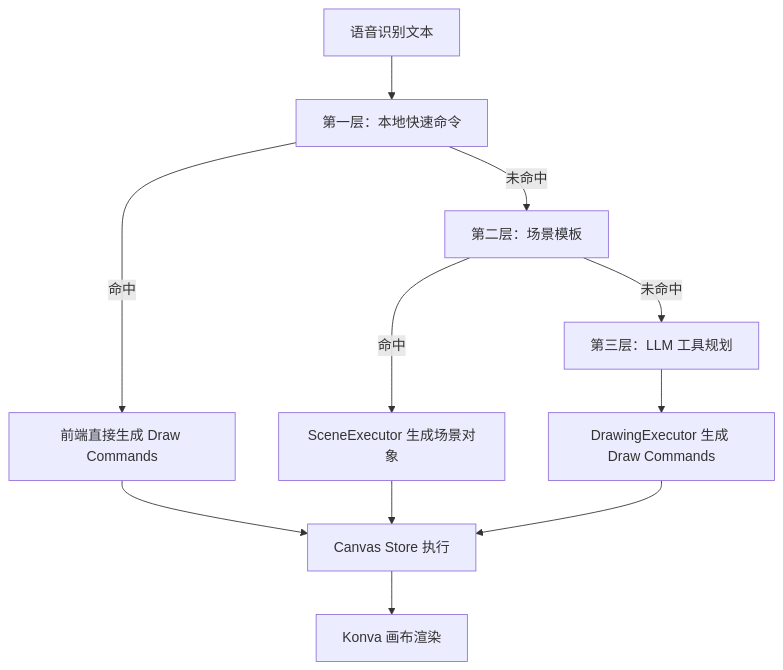
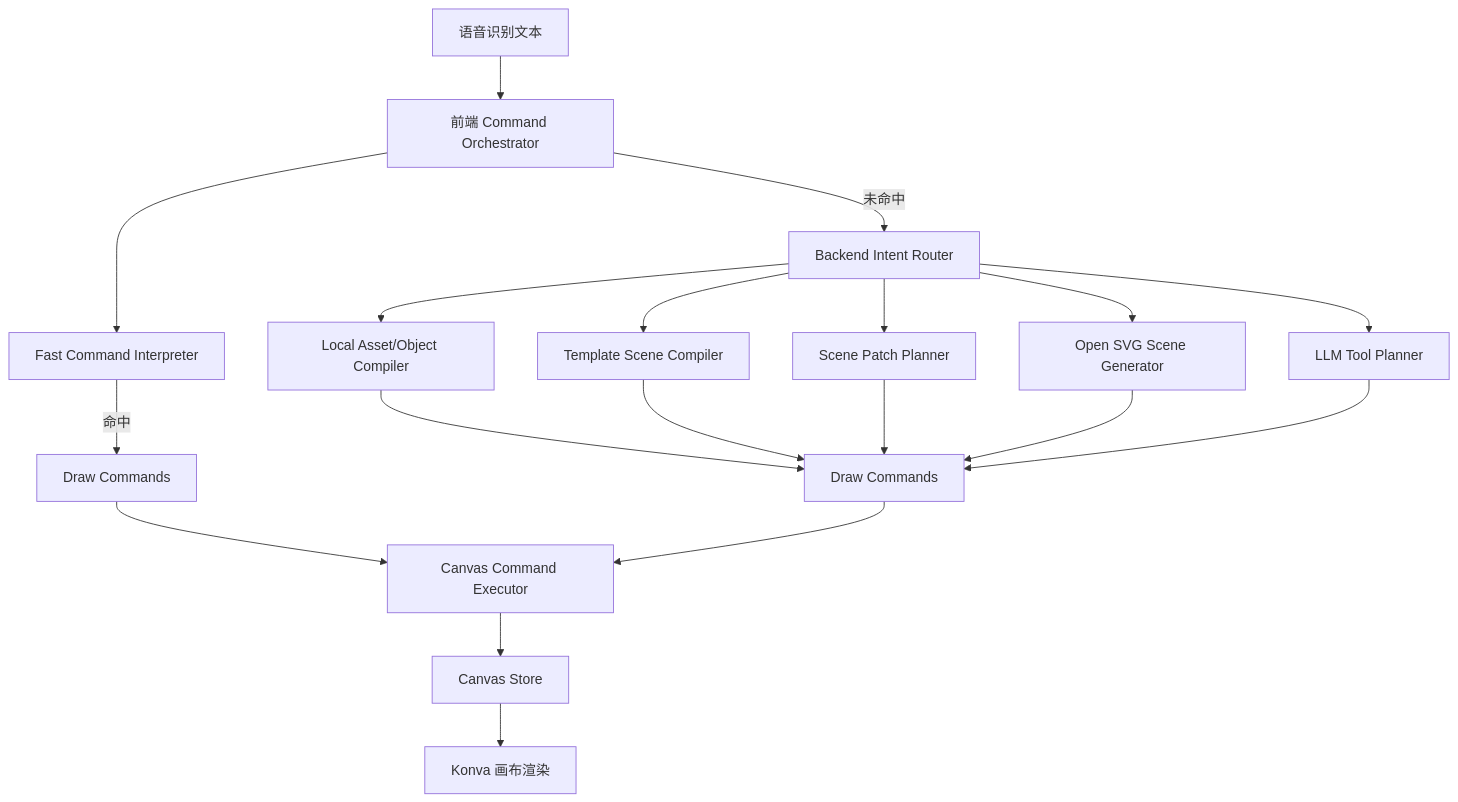
Before and after one commit to bird07717/voice-canvas: the diagram in DESIGN_DOC.md, drawn with Mermaid. The commit also changed other lines of this file and 20 other files, not shown here.

````diff
--- a/DESIGN_DOC.md
+++ b/DESIGN_DOC.md
@@ -50,13 +50,21 @@
 ```mermaid
 flowchart TD
-    A["语音识别文本"] --> B["第一层：本地快速命令"]
-    B -->|命中| C["前端直接生成 Draw Commands"]
-    B -->|未命中| D["第二层：场景模板"]
-    D -->|命中| E["SceneExecutor 生成场景对象"]
-    D -->|未命中| F["第三层：LLM 工具规划"]
-    F --> G["DrawingExecutor 生成 Draw Commands"]
-    C --> H["Canvas Store 执行"]
-    E --> H
-    G --> H
-    H --> I["Konva 画布渲染"]
+    A["语音识别文本"] --> B["前端 Command Orchestrator"]
+    B --> C["Fast Command Interpreter"]
+    C -->|命中| D["Draw Commands"]
+    B -->|未命中| E["Backend Intent Router"]
+    E --> F["Local Asset/Object Compiler"]
+    E --> G["Template Scene Compiler"]
+    E --> H["Scene Patch Planner"]
+    E --> I["Open SVG Scene Generator"]
+    E --> J["LLM Tool Planner"]
+    F --> K["Draw Commands"]
+    G --> K
+    H --> K
+    I --> K
+    J --> K
+    D --> L["Canvas Command Executor"]
+    K --> L
+    L --> M["Canvas Store"]
+    M --> N["Konva 画布渲染"]
 ```
````
